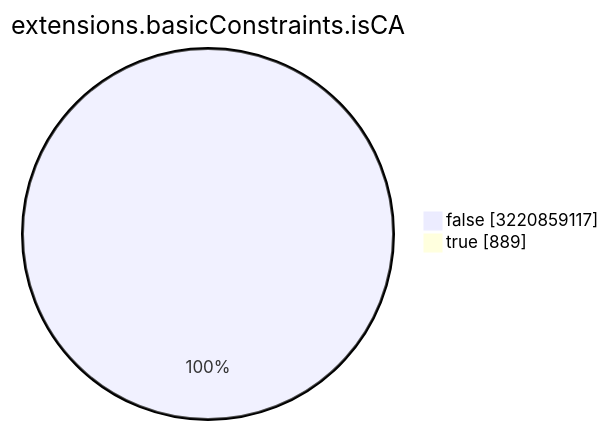
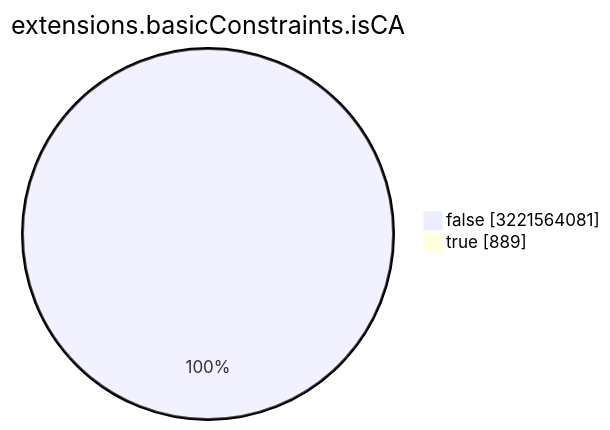
Before and after one commit to christiankrug/ctmonitor_visualization: the seventh of 15 diagrams in TOTAL/README.md, drawn with Mermaid. The commit also changed other lines of this file, not shown here.

````diff
--- a/TOTAL/README.md
+++ b/TOTAL/README.md
@@ -3088,6 +3088,6 @@
 ```mermaid
 pie showData
 title extensions.basicConstraints.isCA
-"false" :3220859117
+"false" :3221564081
 "true" :889
 ```
````
